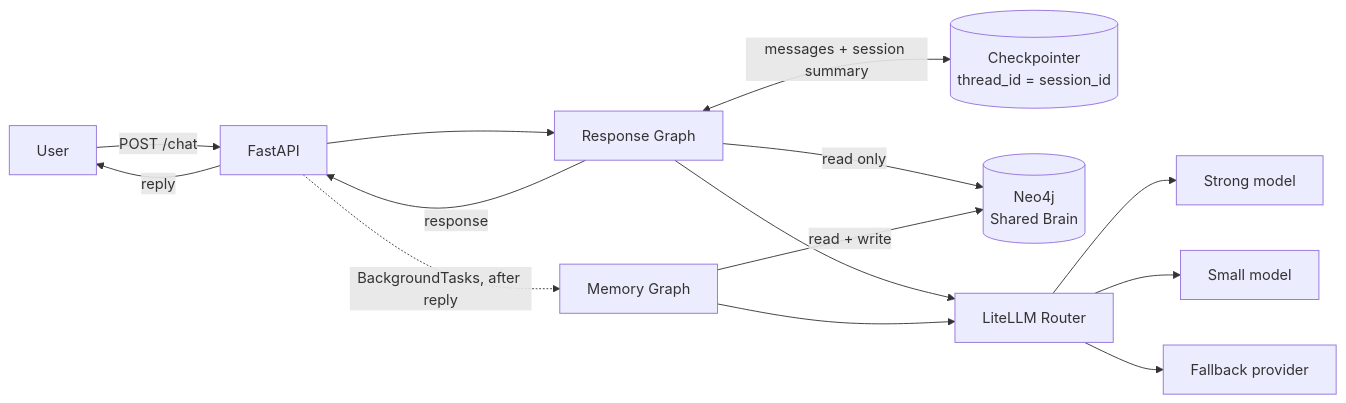
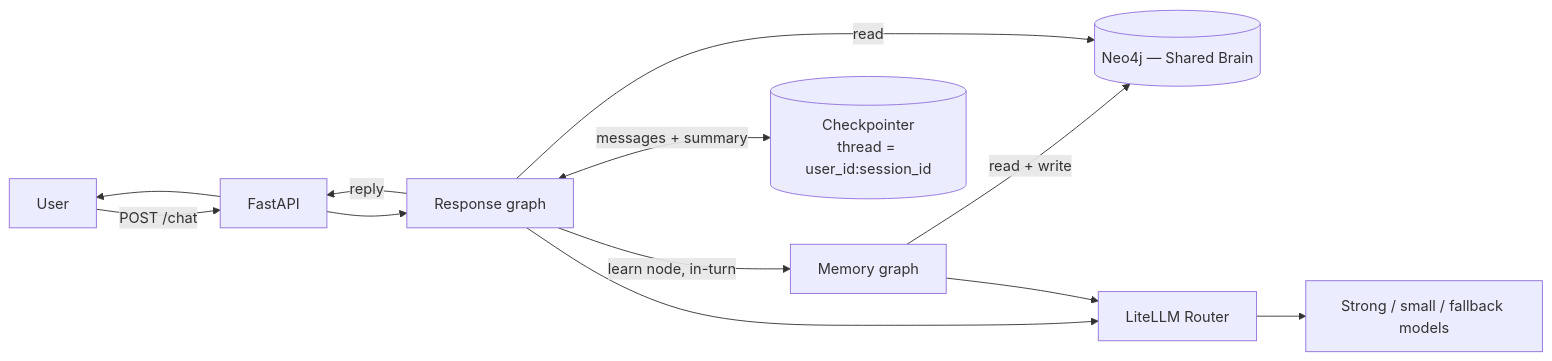
The first of 4 diagrams in docs/ARCHITECTURE.md (Ankit-Bharti2908/astro_app), drawn with Mermaid before and after one commit. The commit also changed other lines of this file and 4 other files, not shown here.

````diff
--- a/docs/ARCHITECTURE.md
+++ b/docs/ARCHITECTURE.md
@@ -22,17 +29,12 @@
 ```mermaid
 flowchart LR
     U[User] -->|POST /chat| API[FastAPI]
-    API --> RG[Response Graph]
-    RG -->|response| API
-    API -->|reply| U
-    API -.->|BackgroundTasks, after reply| MG[Memory Graph]
+    API --> RG[Response graph]
+    RG -->|reply| API --> U
 
-    RG <-->|messages + session summary| CP[("Checkpointer<br/>thread_id = session_id")]
-    RG -->|read only| NEO[("Neo4j<br/>Shared Brain")]
-    MG -->|read + write| NEO
-    RG --> RT[LiteLLM Router]
-    MG --> RT
-    RT --> M1[Strong model]
-    RT --> M2[Small model]
-    RT --> M3[Fallback provider]
+    RG -->|learn node, in-turn| MG[Memory graph]
+    MG -->|read + write| NEO[("Neo4j — Shared Brain")]
+    RG -->|read| NEO
+    RG <-->|messages + summary| CP[("Checkpointer<br/>thread = user_id:session_id")]
+    RG & MG --> RT[LiteLLM Router] --> M[Strong / small / fallback models]
 ```
````
